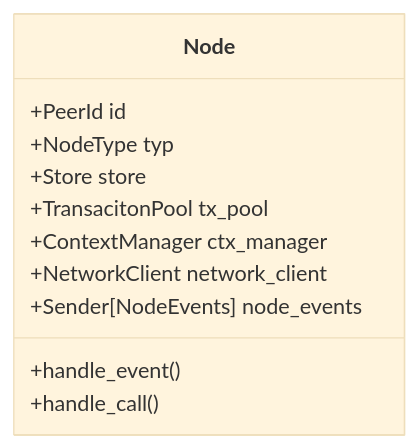
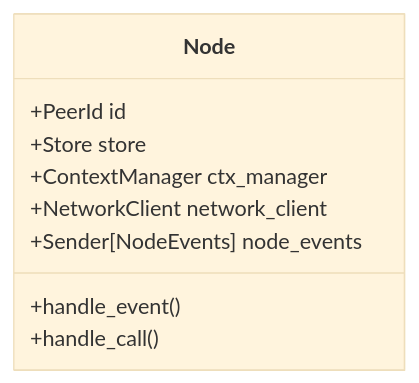
Before and after one commit to calimero-network/core: the first of 2 diagrams in crates/node/README.md, drawn with Mermaid (base theme). The commit also changed other lines of this file and 32 other files, not shown here.

````diff
--- a/crates/node/README.md
+++ b/crates/node/README.md
@@ -23,12 +21,10 @@
 ```mermaid
 classDiagram
     Node : +PeerId id
-    Node : +NodeType typ
     Node : +Store store
-    Node : +TransacitonPool tx_pool
     Node : +ContextManager ctx_manager
     Node : +NetworkClient network_client
     Node : +Sender[NodeEvents] node_events
     Node: +handle_event()
     Node: +handle_call()
 ```
````
